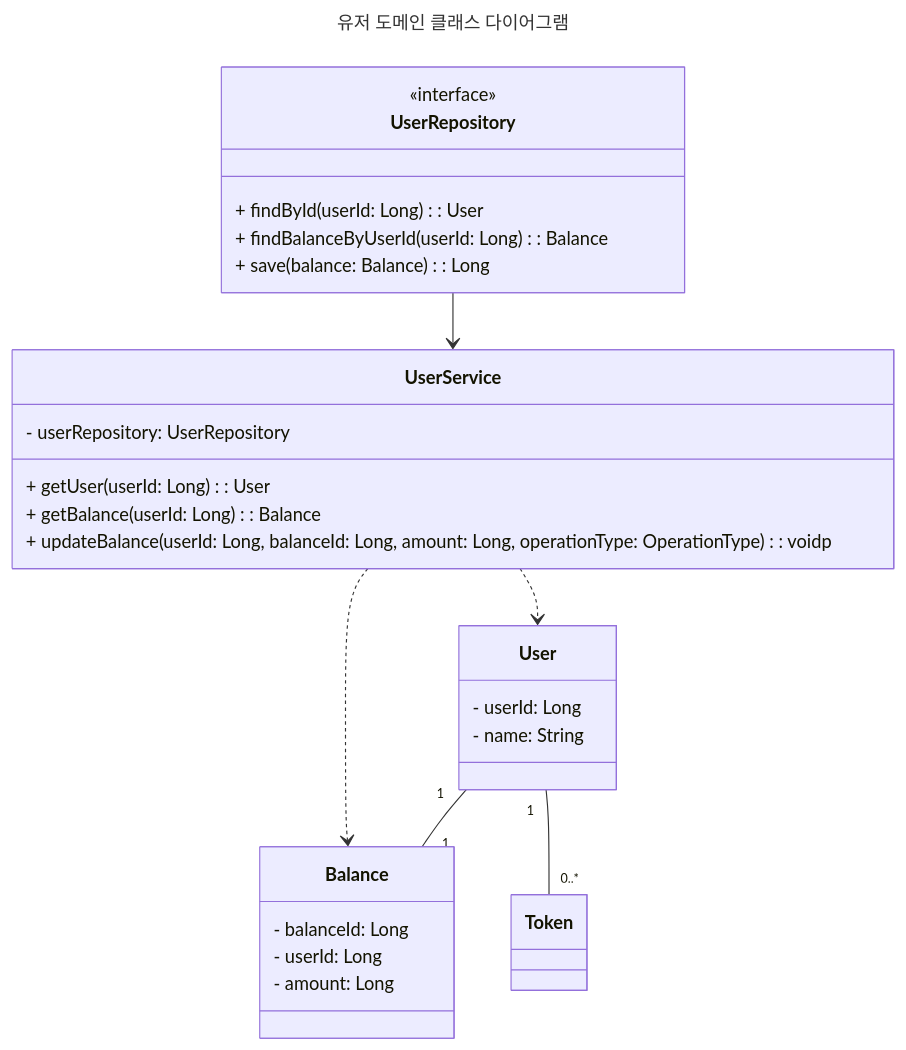
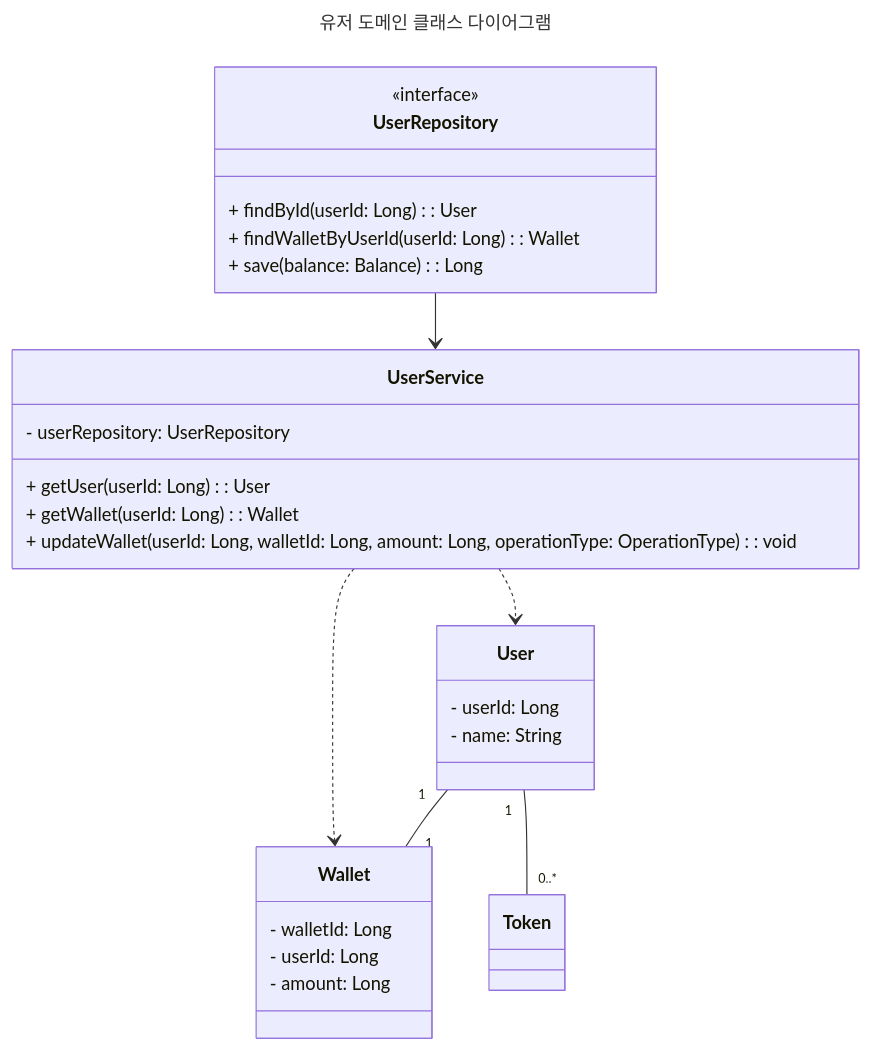
The second of 4 diagrams in docs/CLASS_DIAGRAM.md (hhpb-code/hhplus-concert), drawn with Mermaid before and after one commit. The commit also changed other lines of this file, not shown here.

Commit message:
chore: Balance Wallet 네이밍 변경

````diff
--- a/docs/CLASS_DIAGRAM.md
+++ b/docs/CLASS_DIAGRAM.md
@@ -49,37 +48,37 @@
 ```mermaid
 ---
 title: "유저 도메인 클래스 다이어그램"
 ---
 
 classDiagram
     class User {
         - userId: Long
         - name: String
     }
 
-    class Balance {
-        - balanceId: Long
+    class Wallet {
+        - walletId: Long
         - userId: Long
         - amount: Long
     }
 
     class UserService {
         - userRepository: UserRepository
         + getUser(userId: Long): User
-        + getBalance(userId: Long): Balance
-        + updateBalance(userId: Long, balanceId: Long, amount: Long, operationType: OperationType): voidp
+        + getWallet(userId: Long): Wallet
+        + updateWallet(userId: Long, walletId: Long, amount: Long, operationType: OperationType): void
     }
 
     class UserRepository {
         <<interface>>
         + findById(userId: Long): User
-        + findBalanceByUserId(userId: Long): Balance
+        + findWalletByUserId(userId: Long): Wallet
         + save(balance: Balance): Long
     }
 
-    User "1" -- "1" Balance
+    User "1" -- "1" Wallet
     User "1" -- "0..*" Token
     UserService ..> User
-    UserService ..> Balance
+    UserService ..> Wallet
     UserRepository --> UserService
 ```
````
